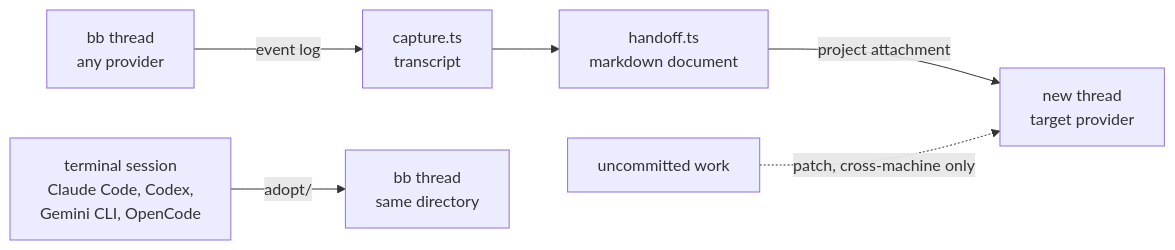
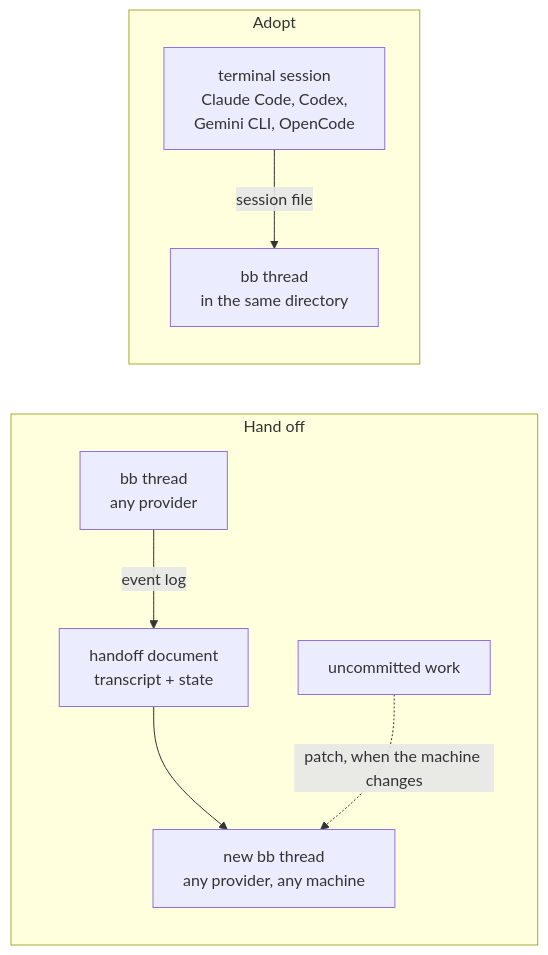
One commit to vburojevic/bb-plugin-handoff changed the diagram in README.md. Above: the diagram before and after it, drawn with Mermaid.

Commit message:
Show the flow diagram outside details, where GitHub renders it

````diff
--- a/README.md
+++ b/README.md
@@ -210,8 +57,11 @@
 ```mermaid
 flowchart LR
-  T["bb thread<br>any provider"] -->|event log| C["capture.ts<br>transcript"]
-  C --> D["handoff.ts<br>markdown document"]
-  D -->|project attachment| N["new thread<br>target provider"]
-  W["uncommitted work"] -.->|"patch, cross-machine only"| N
-  S["terminal session<br>Claude Code, Codex,<br>Gemini CLI, OpenCode"] -->|adopt/| A["bb thread<br>same directory"]
+  subgraph handoff ["Hand off"]
+    T["bb thread<br>any provider"] -->|event log| D["handoff document<br>transcript + state"]
+    D --> N["new bb thread<br>any provider, any machine"]
+    W["uncommitted work"] -.->|"patch, when the machine changes"| N
+  end
+  subgraph adopt ["Adopt"]
+    S["terminal session<br>Claude Code, Codex,<br>Gemini CLI, OpenCode"] -->|session file| A["bb thread<br>in the same directory"]
+  end
 ```
````
